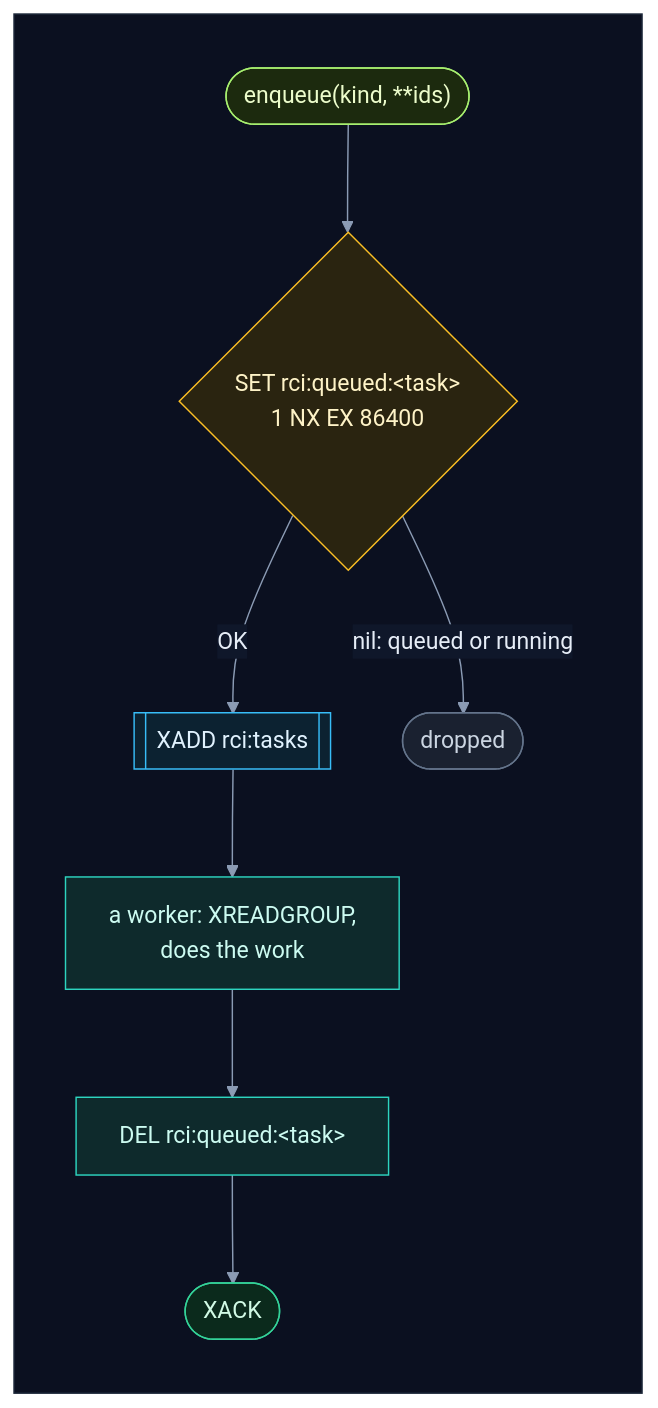
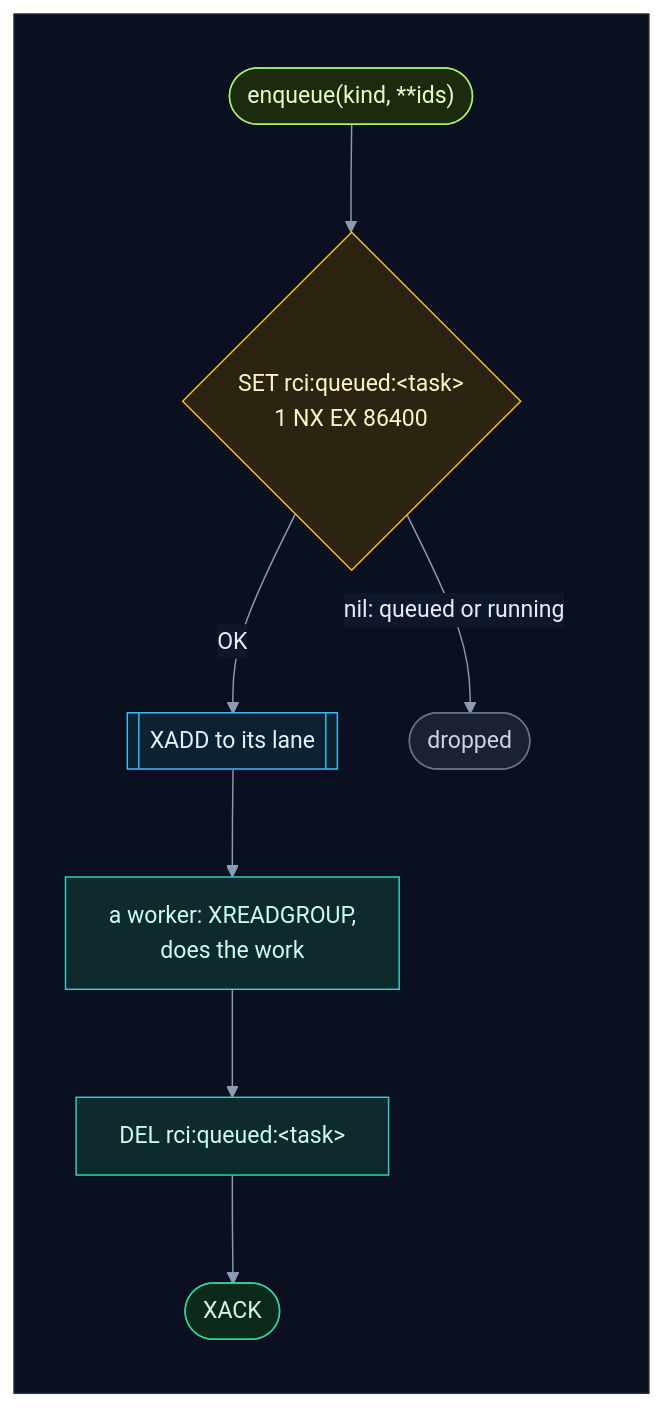
Before and after one commit to selvakumarperumal/Regulatory_Circular_Impact_Agent: diagram 35 of 45 in backend/worker/INTERNALS.md, drawn with Mermaid. The commit also changed other lines of this file and 7 other files, not shown here.

````diff
--- a/backend/worker/INTERNALS.md
+++ b/backend/worker/INTERNALS.md
@@ -1923,30 +1975,30 @@
 ```mermaid
 %%{init: {"theme": "base", "flowchart": {"diagramPadding": 0}, "themeVariables": {"darkMode": true, "primaryColor": "#16213a", "primaryTextColor": "#e6edf7", "primaryBorderColor": "#475a7a", "lineColor": "#8b9bb4", "secondaryColor": "#1b2436", "tertiaryColor": "#101a2e", "edgeLabelBackground": "#0f172a", "textColor": "#e2e8f0", "clusterBkg": "#0f1728", "clusterBorder": "#2b3a55", "titleColor": "#c4b5fd", "nodeTextColor": "#e6edf7"}}}%%
 flowchart TD
     subgraph canvas[" "]
         direction TB
         add(["enqueue(kind, **ids)"]) --> nx{"SET rci:queued:&lt;task&gt;<br/>1 NX EX 86400"}
-        nx -->|"OK"| xadd[["XADD rci:tasks"]]
+        nx -->|"OK"| xadd[["XADD to its lane"]]
         nx -->|"nil: queued or running"| skip(["dropped"])
         xadd --> w["a worker: XREADGROUP,<br/>does the work"]
         w --> del["DEL rci:queued:&lt;task&gt;"]
         del --> ack(["XACK"])
     end
     classDef svc fill:#0e2a2c,stroke:#2dd4bf,color:#ccfbf1
     classDef data fill:#1c1a47,stroke:#818cf8,color:#e0e7ff
     classDef ext fill:#2a1640,stroke:#c084fc,color:#f3e8ff
     classDef gpu fill:#2d1b0c,stroke:#fb923c,color:#ffedd5
     classDef ask fill:#2a2410,stroke:#fbbf24,color:#fef3c7
     classDef ok fill:#0b2a1c,stroke:#34d399,color:#d1fae5
     classDef bad fill:#2e0f17,stroke:#fb7185,color:#ffe4e6
     classDef start fill:#1c2a0e,stroke:#a7ef6f,color:#ecfccb
     classDef muted fill:#1a2130,stroke:#64748b,color:#cbd5e1
     classDef queue fill:#0c2231,stroke:#38bdf8,color:#e0f2fe
     class add start
     class nx ask
     class xadd queue
     class skip muted
     class w,del svc
     class ack ok
     style canvas fill:#0b1020,stroke:#1e293b,color:#0b1020
 ```
````
